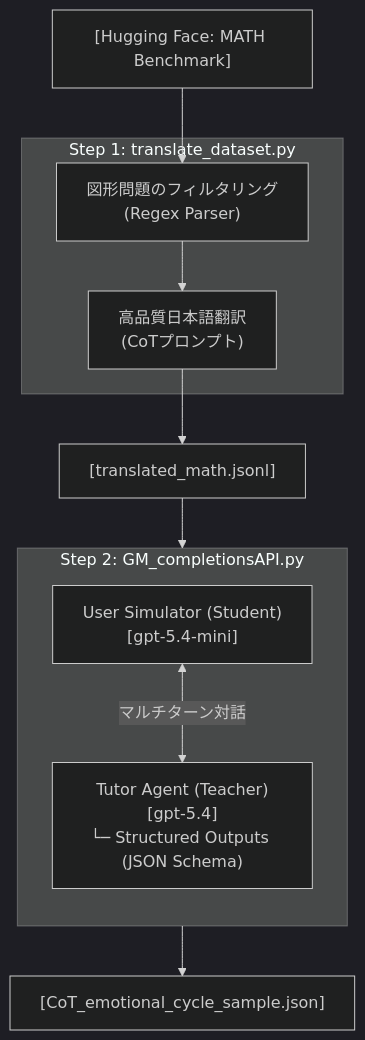
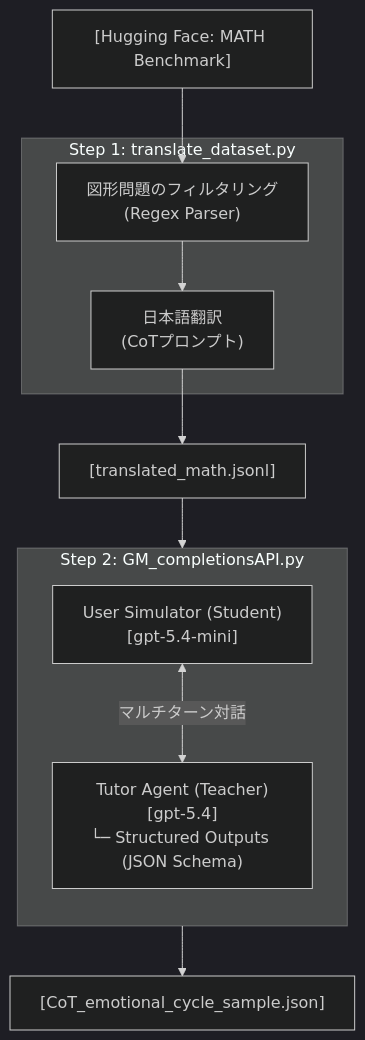
Before and after one commit to Kohki-tyl/empathetic-AItutor: the diagram in README.md, drawn with Mermaid (dark theme).

Commit message:
Update Japanese translation in README

````diff
--- a/README.md
+++ b/README.md
@@ -28,21 +28,21 @@
 ```mermaid
 flowchart TD
     A["[Hugging Face: MATH Benchmark]"] --> B1
     
     subgraph Step1 ["Step 1: translate_dataset.py"]
         B1["図形問題のフィルタリング<br>(Regex Parser)"]
-        B2["高品質日本語翻訳<br>(CoTプロンプト)"]
+        B2["日本語翻訳<br>(CoTプロンプト)"]
         B1 --> B2
     end
     
     B2 --> C["[translated_math.jsonl]"] --> Step2
     
     subgraph Step2 ["Step 2: GM_completionsAPI.py"]
         direction TB
         S["User Simulator (Student)<br>[gpt-5.4-mini]"]
         T["Tutor Agent (Teacher)<br>[gpt-5.4]<br>└─ Structured Outputs (JSON Schema)"]
         S <-->|"マルチターン対話"| T
     end
     
     Step2 --> D["[CoT_emotional_cycle_sample.json]"]
 ```
````
